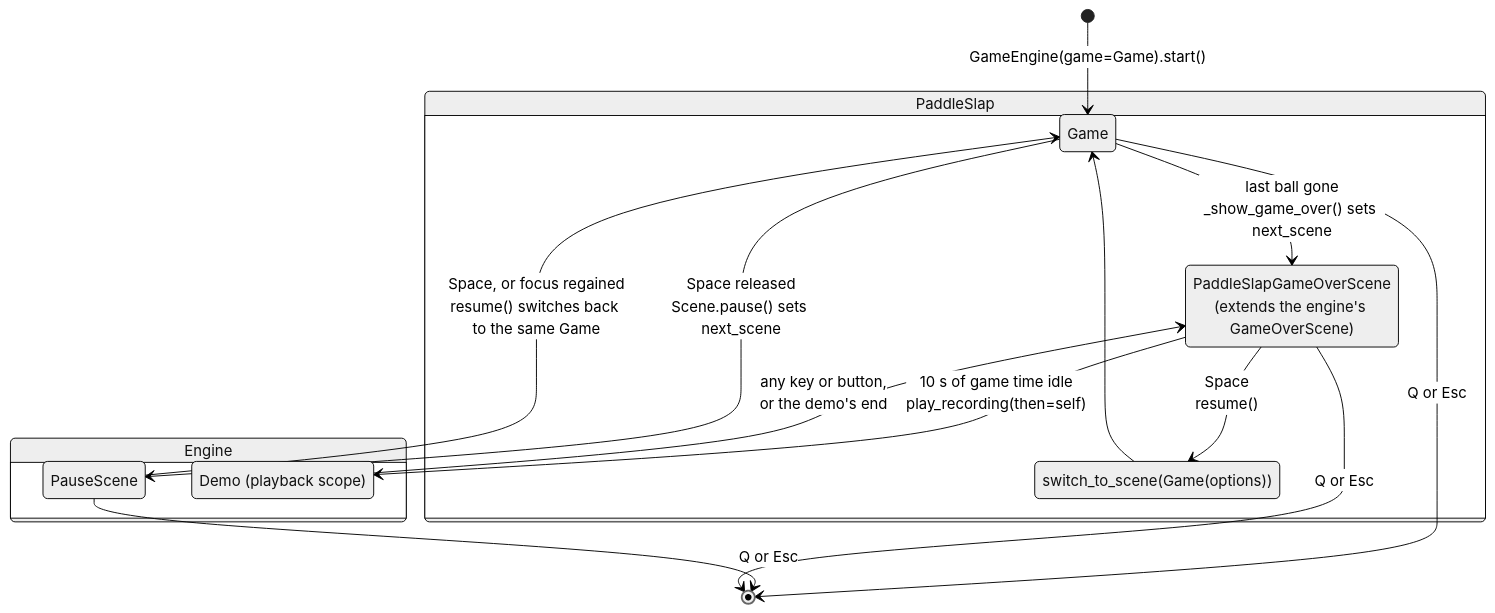
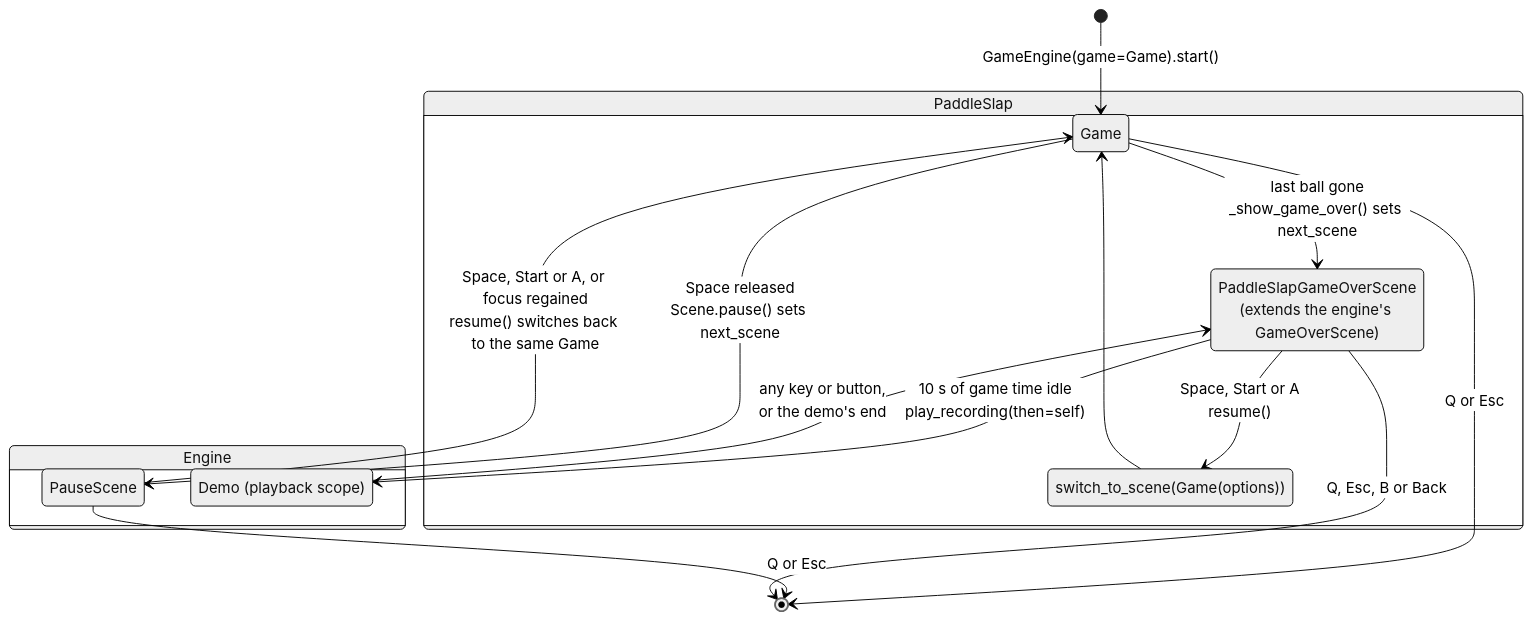
The first of 7 diagrams in docs/games/paddleslap.md (terrysimons/glitchygames), drawn with Mermaid (neutral theme) before and after one commit. The commit also changed other lines of this file and 93 other files, not shown here.

````diff
--- a/docs/games/paddleslap.md
+++ b/docs/games/paddleslap.md
@@ -73,25 +73,25 @@
 ```mermaid
 stateDiagram-v2
     direction TB
     state "PaddleSlap" as GAME_SCENES {
         state "Game" as Game
         state "PaddleSlapGameOverScene<br/>(extends the engine's GameOverScene)" as GameOver
         state "switch_to_scene(Game(options))" as NewGame
     }
     state "Engine" as ENGINE_SCENES {
         state "PauseScene" as PauseScene
         state "Demo (playback scope)" as Demo
     }
 
     [*] --> Game : GameEngine(game=Game).start()
     Game --> PauseScene : Space released<br/>Scene.pause() sets next_scene
-    PauseScene --> Game : Space, or focus regained<br/>resume() switches back to the same Game
+    PauseScene --> Game : Space, Start or A, or focus regained<br/>resume() switches back to the same Game
     Game --> GameOver : last ball gone<br/>_show_game_over() sets next_scene
     GameOver --> Demo : 10 s of game time idle<br/>play_recording(then=self)
     Demo --> GameOver : any key or button,<br/>or the demo's end
-    GameOver --> NewGame : Space<br/>resume()
+    GameOver --> NewGame : Space, Start or A<br/>resume()
     NewGame --> Game
     Game --> [*] : Q or Esc
     PauseScene --> [*] : Q or Esc
-    GameOver --> [*] : Q or Esc
+    GameOver --> [*] : Q, Esc, B or Back
 ```
````
